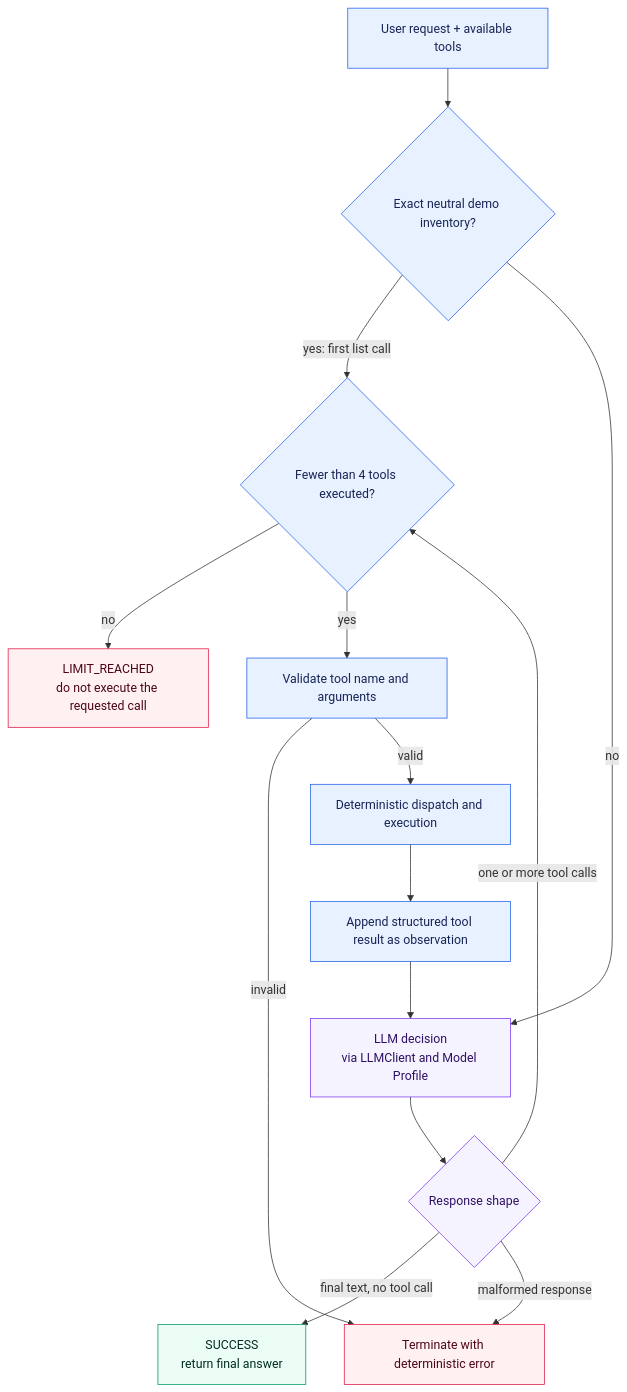
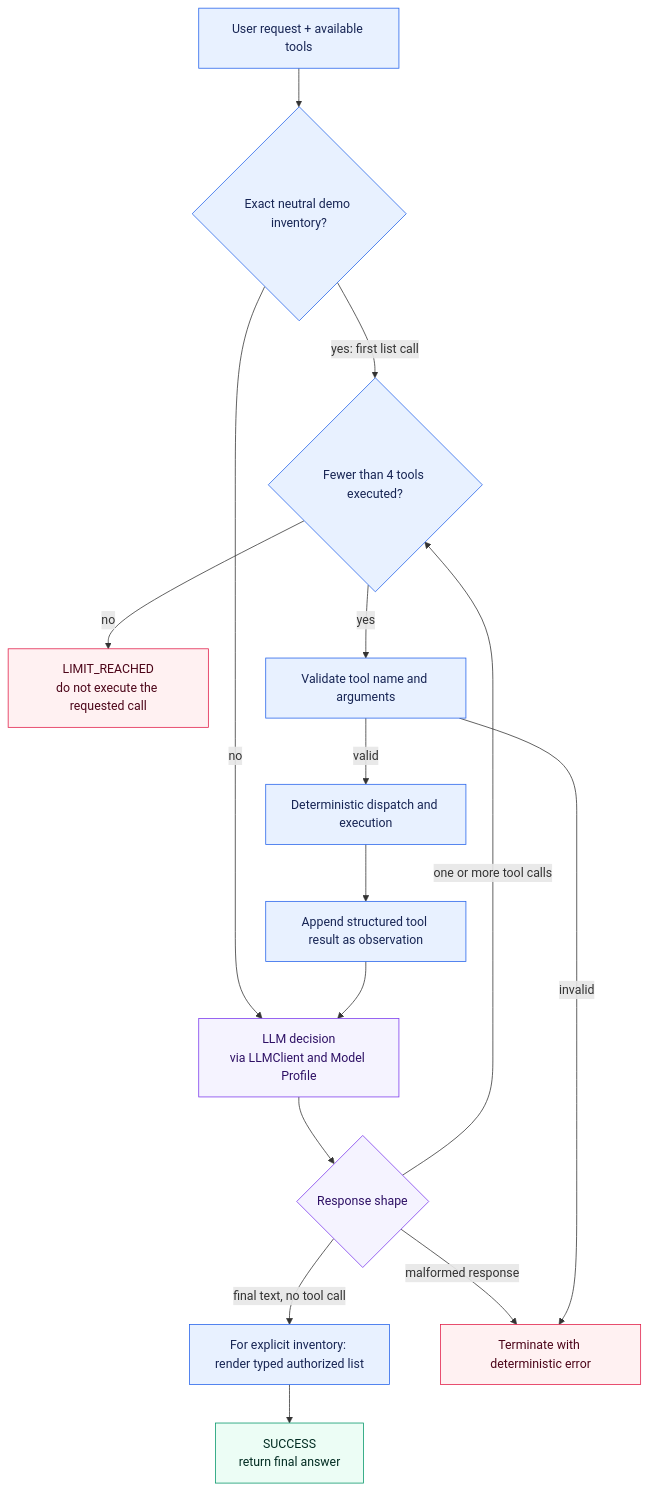
Before and after one commit to aboerzel/industrial-ai-agent: the diagram in docs/decisions/ADR-004-agent-orchestration-strategy.md, drawn with Mermaid. The commit also changed other lines of this file and 27 other files, not shown here.

````diff
--- a/docs/decisions/ADR-004-agent-orchestration-strategy.md
+++ b/docs/decisions/ADR-004-agent-orchestration-strategy.md
@@ -50,25 +54,26 @@
 ```mermaid
 flowchart TD
     Start["User request + available tools"] --> Inventory{"Exact neutral demo inventory?"}
     Inventory -->|"yes: first list call"| Limit
     Inventory -->|"no"| LLM["LLM decision<br/>via LLMClient and Model Profile"]
     LLM --> Decision{"Response shape"}
-    Decision -->|"final text, no tool call"| Final["SUCCESS<br/>return final answer"]
+    Decision -->|"final text, no tool call"| Present["For explicit inventory: render typed authorized list"]
+    Present --> Final["SUCCESS<br/>return final answer"]
     Decision -->|"one or more tool calls"| Limit{"Fewer than 4 tools executed?"}
     Decision -->|"malformed response"| Invalid["Terminate with deterministic error"]
     Limit -->|"no"| Exhausted["LIMIT_REACHED<br/>do not execute the requested call"]
     Limit -->|"yes"| Validate["Validate tool name and arguments"]
     Validate -->|"invalid"| Invalid
     Validate -->|"valid"| Dispatch["Deterministic dispatch and execution"]
     Dispatch --> Observation["Append structured tool result as observation"]
     Observation --> LLM
 
     classDef llm fill:#f5f3ff,stroke:#7c3aed,color:#2e1065
     classDef deterministic fill:#e8f1ff,stroke:#2563eb,color:#172554
     classDef terminal fill:#ecfdf5,stroke:#059669,color:#022c22
     classDef failure fill:#fff1f2,stroke:#e11d48,color:#4c0519
     class LLM,Decision llm
-    class Start,Inventory,Validate,Limit,Dispatch,Observation deterministic
+    class Start,Inventory,Validate,Limit,Dispatch,Observation,Present deterministic
     class Final terminal
     class Invalid,Exhausted failure
 ```
````
